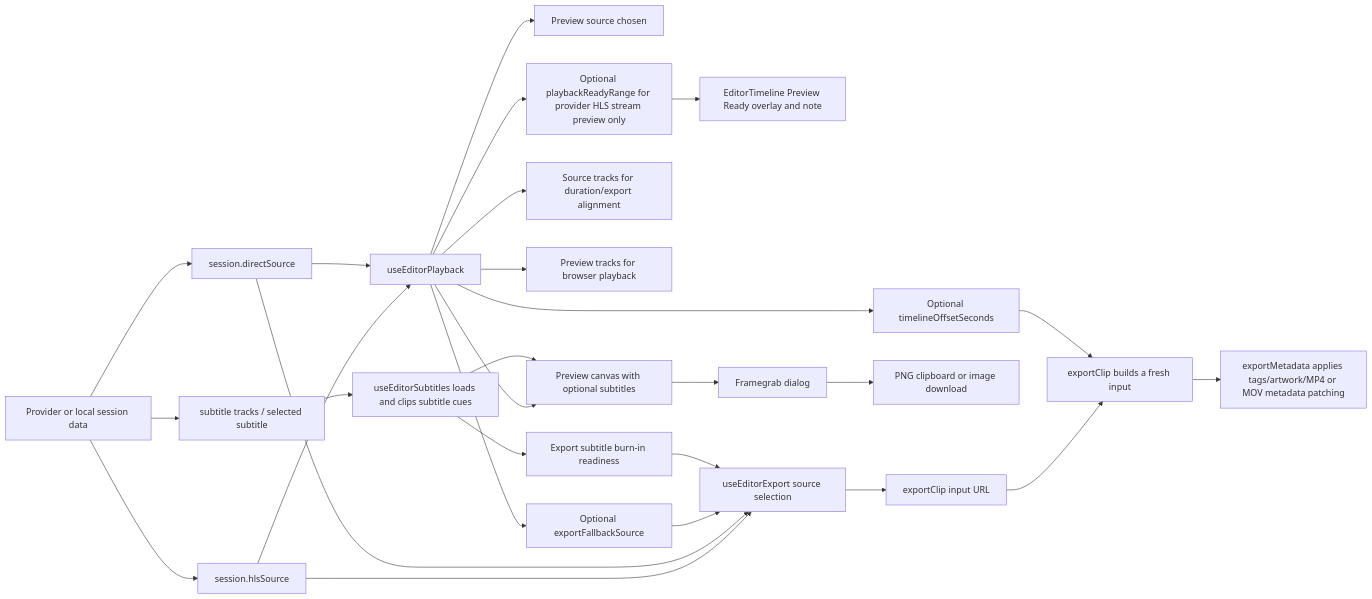
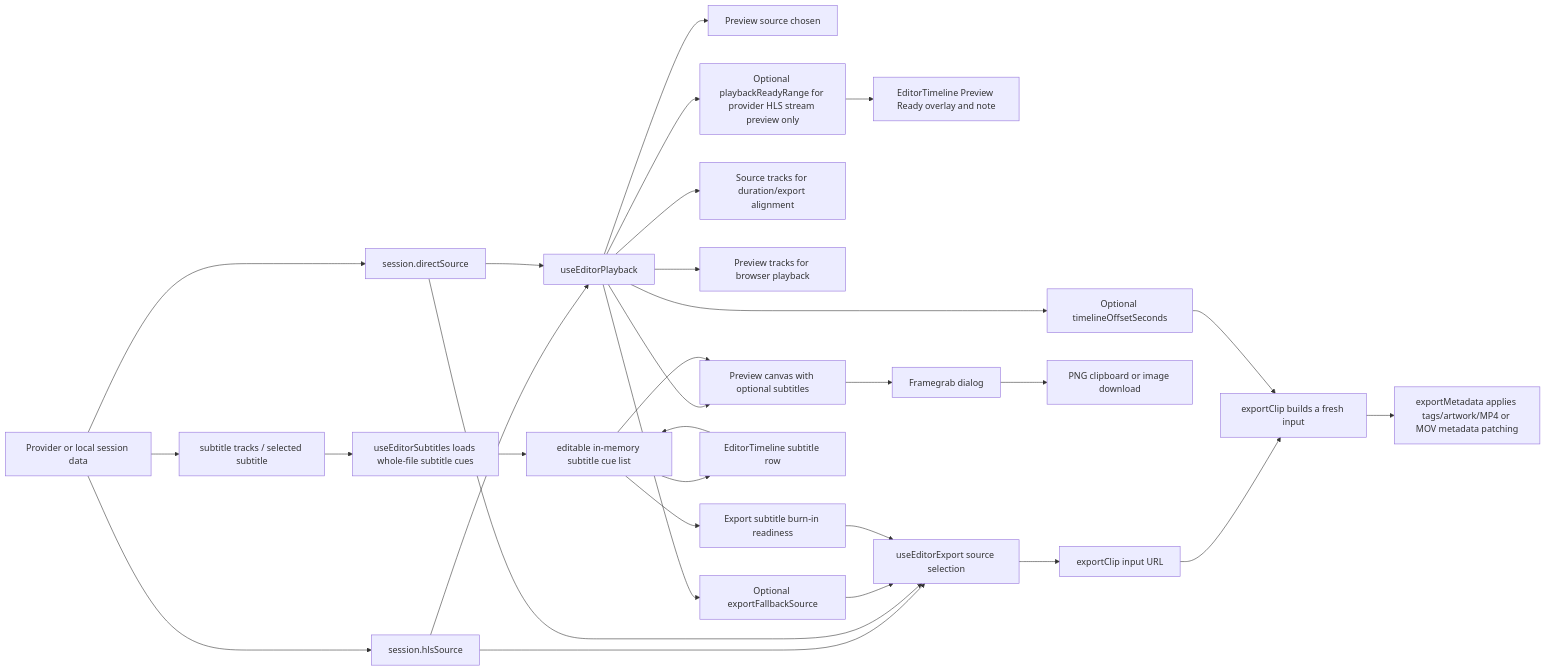
One commit to TechSquidTV/Cliparr changed diagram 13 of 13 in DIAGRAMS.md. Above: the diagram before and after it, drawn with Mermaid. The commit also changed other lines of this file and 20 other files, not shown here.

Commit message:
feat(cliparr): add editable subtitle timeline

````diff
--- a/DIAGRAMS.md
+++ b/DIAGRAMS.md
@@ -355,29 +357,32 @@
 ```mermaid
 flowchart LR
     A["Provider or local session data"] --> B["session.hlsSource"]
     A --> C["session.directSource"]
     A --> S["subtitle tracks / selected subtitle"]
     B --> D["useEditorPlayback"]
     C --> D
     D --> E["Preview source chosen"]
     D --> F["Optional exportFallbackSource"]
     D --> I["Optional timelineOffsetSeconds"]
     D --> J["Source tracks for duration/export alignment"]
     D --> K["Preview tracks for browser playback"]
     D --> L["Optional playbackReadyRange for provider HLS stream preview only"]
     L --> M["EditorTimeline Preview Ready overlay and note"]
     D --> P["Preview canvas with optional subtitles"]
     P --> Q["Framegrab dialog"]
     Q --> R["PNG clipboard or image download"]
-    S --> T["useEditorSubtitles loads and clips subtitle cues"]
-    T --> P
-    T --> U["Export subtitle burn-in readiness"]
+    S --> T["useEditorSubtitles loads whole-file subtitle cues"]
+    T --> T1["editable in-memory subtitle cue list"]
+    T1 --> T2["EditorTimeline subtitle row"]
+    T2 --> T1
+    T1 --> P
+    T1 --> U["Export subtitle burn-in readiness"]
     B --> G["useEditorExport source selection"]
     C --> G
     F --> G
     U --> G
     G --> H["exportClip input URL"]
     H --> N["exportClip builds a fresh input"]
     I --> N
     N --> O["exportMetadata applies tags/artwork/MP4 or MOV metadata patching"]
 ```
````
